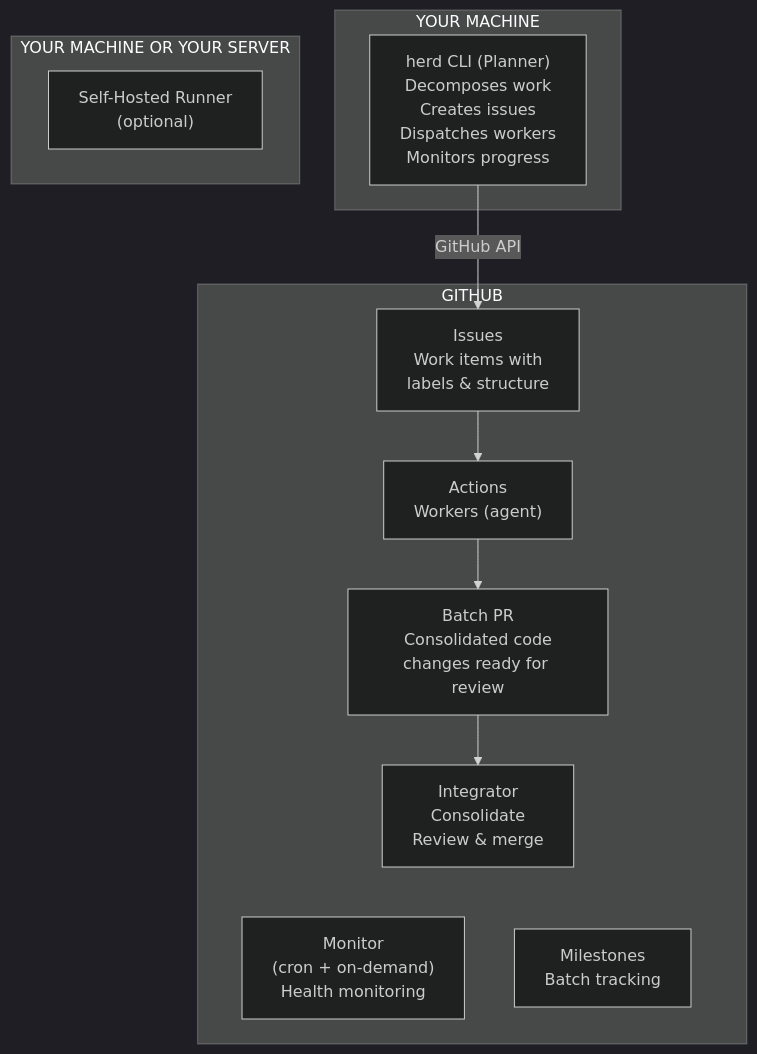
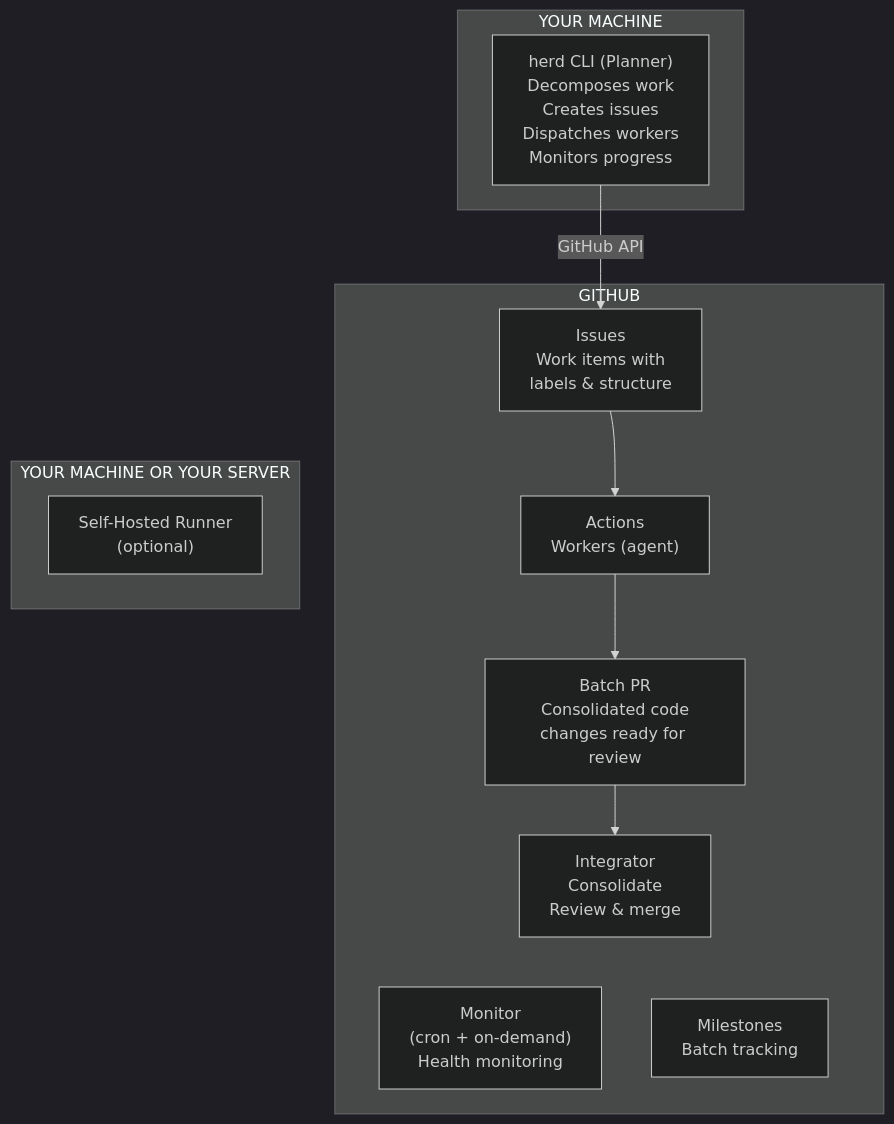
One commit to Herd-OS/herd changed the first of 5 diagrams in docs/design/architecture.md. Above: the diagram before and after it, drawn with Mermaid (dark theme).

Commit message:
fix: move "YOUR MACHINE OR YOUR SERVER" to the right side of architecture diagram
Reorder the RunnerEnv subgraph to appear after the GITHUB subgraph
and add an invisible link (~~~) from Cloud to RunnerEnv so Mermaid
positions it on the right side of the diagram.

Fixes #346

````diff
--- a/docs/design/architecture.md
+++ b/docs/design/architecture.md
@@ -7,27 +7,28 @@
 ```mermaid
 graph TD
     subgraph Local["YOUR MACHINE"]
         CLI["herd CLI (Planner)<br>Decomposes work<br>Creates issues<br>Dispatches workers<br>Monitors progress"]
-    end
-
-    subgraph RunnerEnv["YOUR MACHINE OR YOUR SERVER"]
-        Runner["Self-Hosted Runner<br>(optional)"]
     end
 
     subgraph Cloud["GITHUB"]
         Issues["Issues<br>Work items with<br>labels & structure"]
         Actions["Actions<br>Workers (agent)"]
         BatchPR["Batch PR<br>Consolidated code<br>changes ready for review"]
         Integrator["Integrator<br>Consolidate<br>Review & merge"]
         Monitor["Monitor<br>(cron + on-demand)<br>Health monitoring"]
         Milestones["Milestones<br>Batch tracking"]
 
         Issues --> Actions
         Actions --> BatchPR
         BatchPR --> Integrator
         Integrator ~~~ Monitor
         Integrator ~~~ Milestones
     end
 
+    subgraph RunnerEnv["YOUR MACHINE OR YOUR SERVER"]
+        Runner["Self-Hosted Runner<br>(optional)"]
+    end
+
     CLI -->|GitHub API| Issues
+    Cloud ~~~ RunnerEnv
 ```
````
